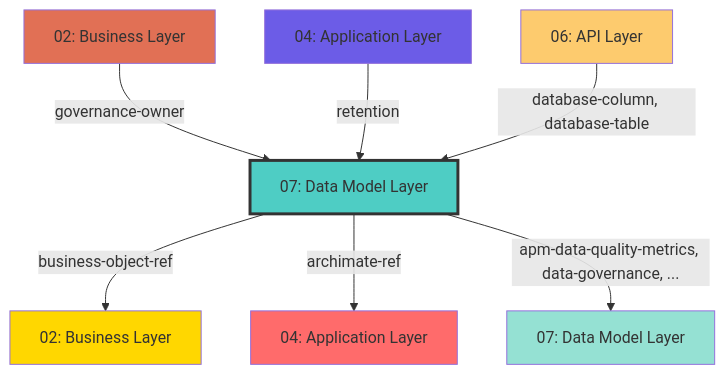
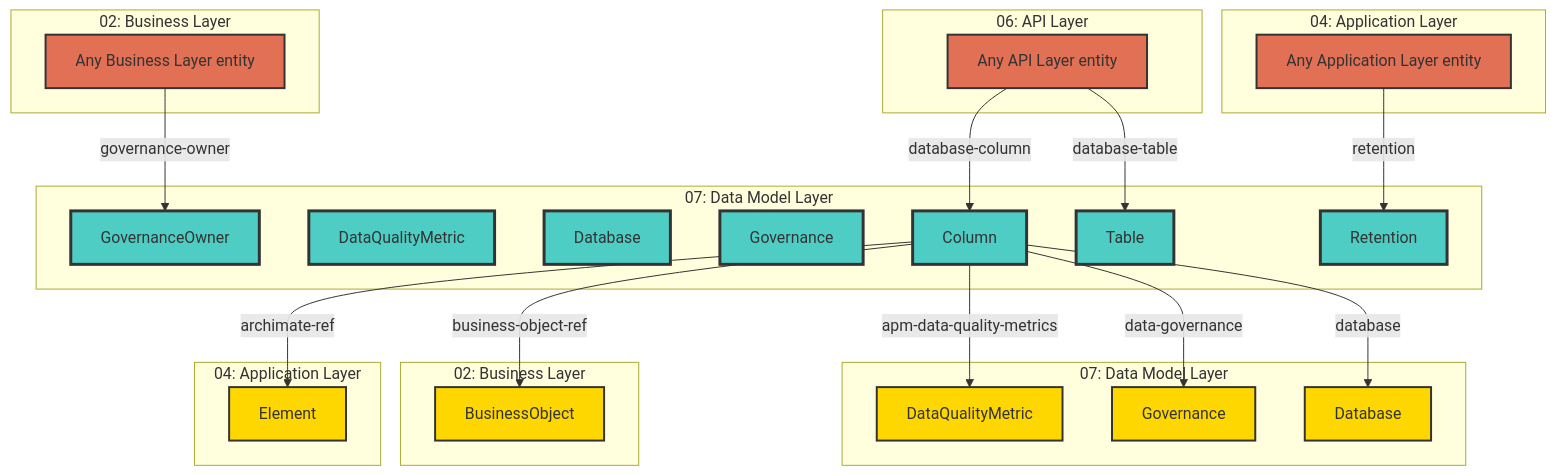
Before and after one commit to tinkermonkey/documentation_robotics: the diagram in reports/layer-docs/07-data-model-cross-layer-relationships.md, drawn with Mermaid. The commit also changed other lines of this file and 42 other files, not shown here.

Commit message:
working on cleaning up and defining inter and intra layer relationships

````diff
--- a/reports/layer-docs/07-data-model-cross-layer-relationships.md
+++ b/reports/layer-docs/07-data-model-cross-layer-relationships.md
@@ -95,27 +9,70 @@
 ```mermaid
 graph TB
-  ThisLayer["07: Data Model Layer"]
+  subgraph thisLayer["07: Data Model Layer"]
+    thisColumn["Column"]
+    thisDataQualityMetric["DataQualityMetric"]
+    thisDatabase["Database"]
+    thisGovernance["Governance"]
+    thisGovernanceOwner["GovernanceOwner"]
+    thisRetention["Retention"]
+    thisTable["Table"]
+  end
 
-  Target02["02: Business Layer"]
-  Target04["04: Application Layer"]
-  Target07["07: Data Model Layer"]
+  %% Target layers
+  subgraph target02Layer["02: Business Layer"]
+    target02BusinessObject["BusinessObject"]
+  end
+  subgraph target04Layer["04: Application Layer"]
+    target04Element["Element"]
+  end
+  subgraph target07Layer["07: Data Model Layer"]
+    target07DataQualityMetric["DataQualityMetric"]
+    target07Database["Database"]
+    target07Governance["Governance"]
+  end
 
-  Source02["02: Business Layer"]
-  Source04["04: Application Layer"]
-  Source06["06: API Layer"]
+  %% Source layers
+  subgraph source02Layer["02: Business Layer"]
+    source02Node["Any Business Layer entity"]
+  end
+  subgraph source04Layer["04: Application Layer"]
+    source04Node["Any Application Layer entity"]
+  end
+  subgraph source06Layer["06: API Layer"]
+    source06Node["Any API Layer entity"]
+  end
 
-  ThisLayer -->|business-object-ref| Target02
-  ThisLayer -->|archimate-ref| Target04
-  ThisLayer -->|apm-data-quality-metrics, data-governance, ...| Target07
-  Source02 -->|governance-owner| ThisLayer
-  Source04 -->|retention| ThisLayer
-  Source06 -->|database-column, database-table| ThisLayer
+  %% Outgoing relationships
+  thisColumn -->|archimate-ref| target04Element
+  thisColumn -->|business-object-ref| target02BusinessObject
+  thisColumn -->|apm-data-quality-metrics| target07DataQualityMetric
+  thisColumn -->|data-governance| target07Governance
+  thisColumn -->|database| target07Database
 
-  style ThisLayer fill:#4ECDC4,stroke:#333,stroke-width:3px
-  style Target02 fill:#FFD700
-  style Target04 fill:#FF6B6B
-  style Target07 fill:#95E1D3
-  style Source02 fill:#E17055
-  style Source04 fill:#6C5CE7
-  style Source06 fill:#FDCB6E
+  %% Incoming relationships
+  source02Node -->|governance-owner| thisGovernanceOwner
+  source04Node -->|retention| thisRetention
+  source06Node -->|database-column| thisColumn
+  source06Node -->|database-table| thisTable
+
+  %% Styling
+  classDef thisLayerStyle fill:#4ECDC4,stroke:#333,stroke-width:3px
+  classDef targetLayerStyle fill:#FFD700,stroke:#333,stroke-width:2px
+  classDef sourceLayerStyle fill:#E17055,stroke:#333,stroke-width:2px
+
+  class thisColumn thisLayerStyle
+  class thisDataQualityMetric thisLayerStyle
+  class thisDatabase thisLayerStyle
+  class thisGovernance thisLayerStyle
+  class thisGovernanceOwner thisLayerStyle
+  class thisRetention thisLayerStyle
+  class thisTable thisLayerStyle
+  class target02BusinessObject targetLayerStyle
+  class target04Element targetLayerStyle
+  class target07DataQualityMetric targetLayerStyle
+  class target07Database targetLayerStyle
+  class target07Governance targetLayerStyle
+  class source02Node sourceLayerStyle
+  class source04Node sourceLayerStyle
+  class source06Node sourceLayerStyle
 ```
````
